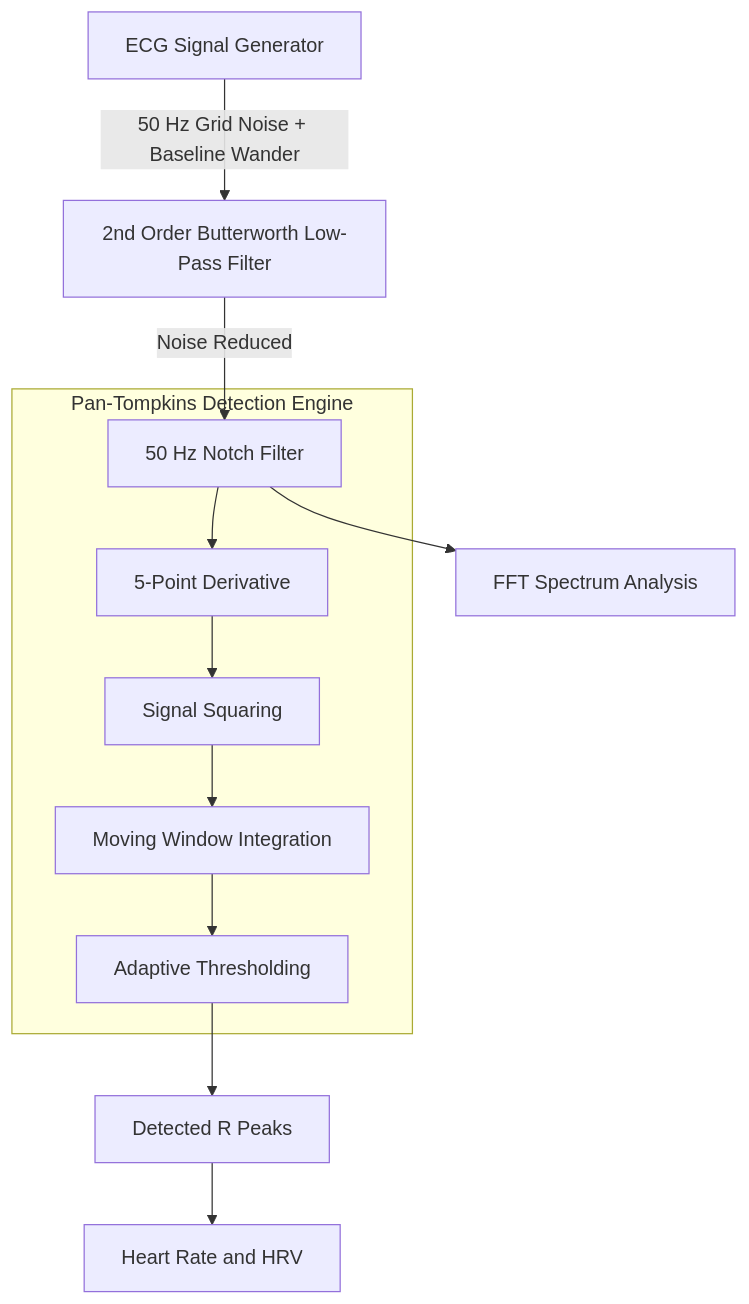
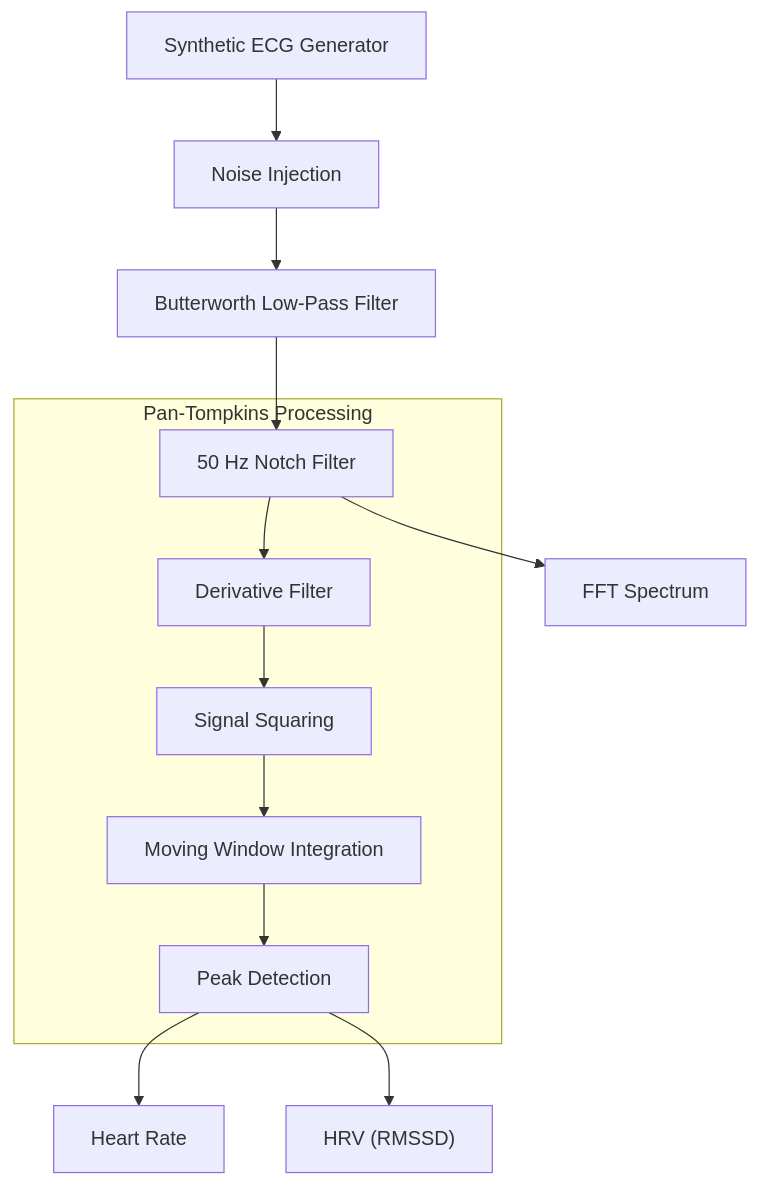
The first of 2 diagrams in README.md (tarungowdac-1/cardiopulse), drawn with Mermaid before and after one commit. The commit also changed other lines of this file, not shown here.

````diff
--- a/README.md
+++ b/README.md
@@ -16,19 +37,22 @@
 ```mermaid
 graph TD
 
-    A["ECG Signal Generator"] -->|"50 Hz Grid Noise + Baseline Wander"| B["2nd Order Butterworth Low-Pass Filter"]
+A["Synthetic ECG Generator"]
+--> B["Noise Injection"]
 
-    B -->|"Noise Reduced"| C["50 Hz Notch Filter"]
+B --> C["Butterworth Low-Pass Filter"]
 
-    subgraph PT["Pan-Tompkins Detection Engine"]
-        C --> D["5-Point Derivative"]
-        D --> E["Signal Squaring"]
-        E --> F["Moving Window Integration"]
-        F --> G["Adaptive Thresholding"]
-    end
+C --> D["50 Hz Notch Filter"]
 
-    G --> H["Detected R Peaks"]
-    H --> I["Heart Rate and HRV"]
+subgraph PT["Pan-Tompkins Processing"]
+D --> E["Derivative Filter"]
+E --> F["Signal Squaring"]
+F --> G["Moving Window Integration"]
+G --> H["Peak Detection"]
+end
 
-    C --> J["FFT Spectrum Analysis"]
+H --> I["Heart Rate"]
+H --> J["HRV (RMSSD)"]
+
+D --> K["FFT Spectrum"]
 ```
````
